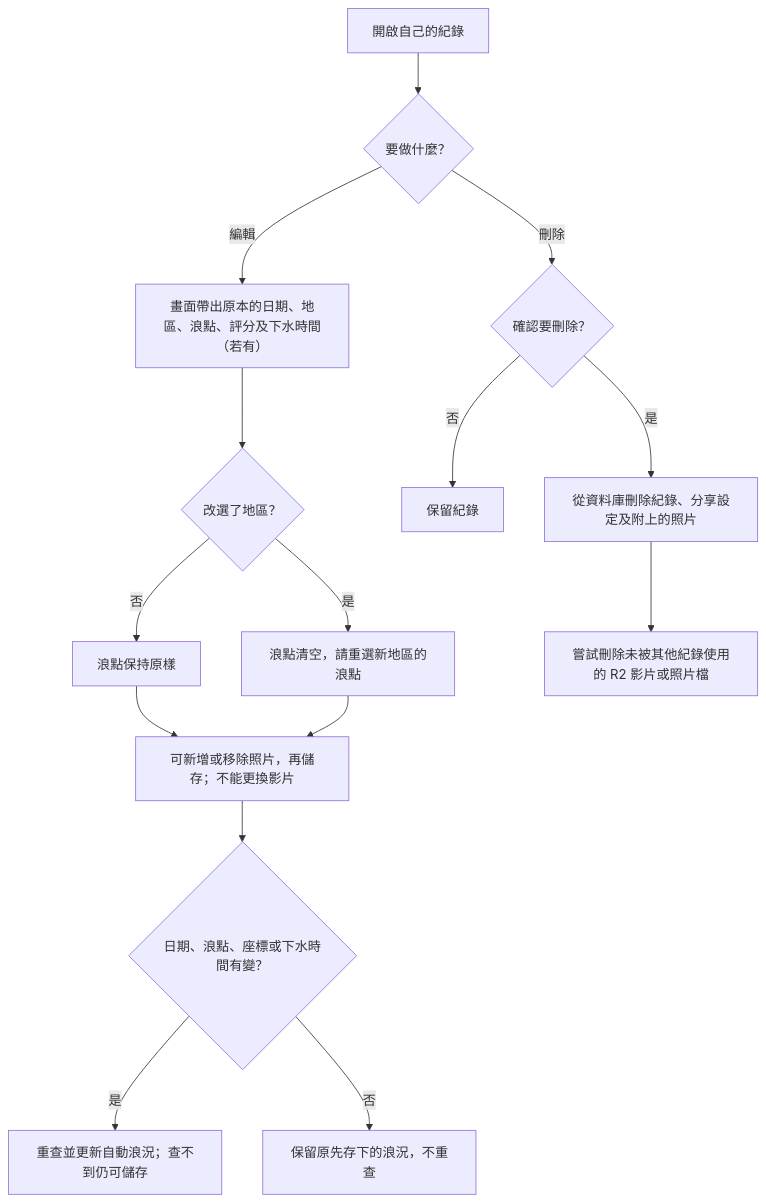
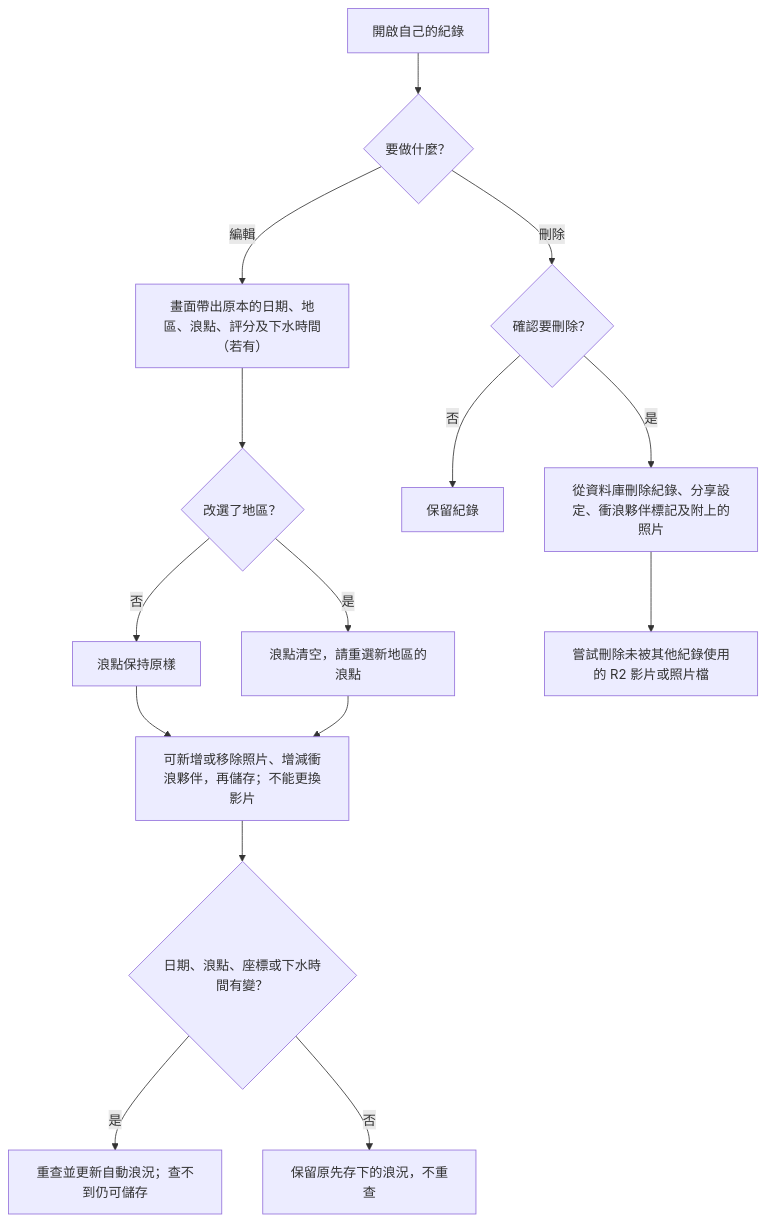
The fifth of 8 diagrams in docs/flows.md (ChristingChang/waveshare), drawn with Mermaid before and after one commit. The commit also changed other lines of this file and 3 other files, not shown here.

````diff
--- a/docs/flows.md
+++ b/docs/flows.md
@@ -93,17 +93,17 @@
 ```mermaid
 flowchart TD
     A["開啟自己的紀錄"] --> B{"要做什麼？"}
     B -->|編輯| C["畫面帶出原本的日期、地區、浪點、評分及下水時間（若有）"]
     C --> C2{"改選了地區？"}
     C2 -->|否| C3["浪點保持原樣"]
     C2 -->|是| C4["浪點清空，請重選新地區的浪點"]
-    C3 --> D["可新增或移除照片，再儲存；不能更換影片"]
+    C3 --> D["可新增或移除照片、增減衝浪夥伴，再儲存；不能更換影片"]
     C4 --> D
     D --> J{"日期、浪點、座標或下水時間有變？"}
     J -->|是| K["重查並更新自動浪況；查不到仍可儲存"]
     J -->|否| L["保留原先存下的浪況，不重查"]
     B -->|刪除| E{"確認要刪除？"}
     E -->|否| F["保留紀錄"]
-    E -->|是| G["從資料庫刪除紀錄、分享設定及附上的照片"]
+    E -->|是| G["從資料庫刪除紀錄、分享設定、衝浪夥伴標記及附上的照片"]
     G --> I["嘗試刪除未被其他紀錄使用的 R2 影片或照片檔"]
 ```
````
